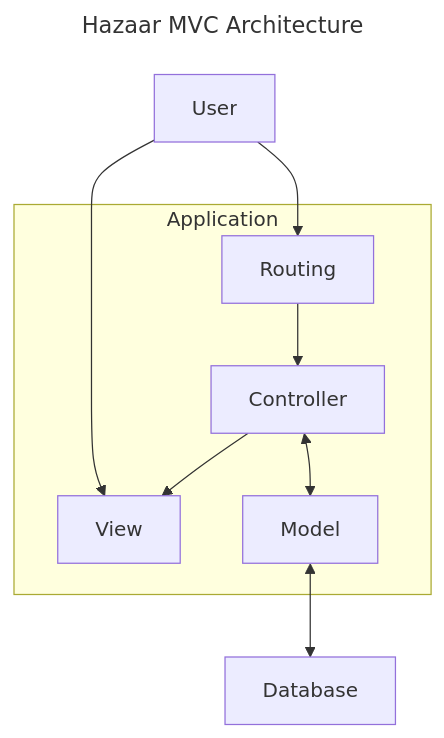
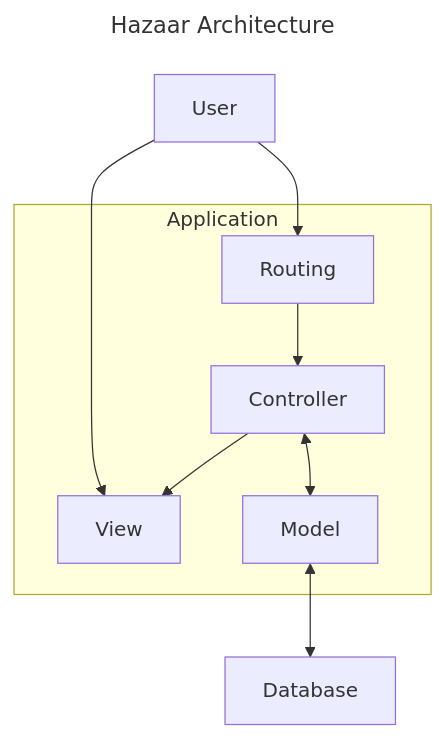
One commit to hazaarlabs/hazaar-mvc changed the diagram in docs/src/docs/concepts/what-is-mvc.md. Above: the diagram before and after it, drawn with Mermaid. The commit also changed other lines of this file and 41 other files, not shown here.

First line of the commit message:
MAJOR: renamed Hazaar MVC -> Hazaar

````diff
--- a/docs/src/docs/concepts/what-is-mvc.md
+++ b/docs/src/docs/concepts/what-is-mvc.md
@@ -51,14 +51,14 @@
 ```mermaid
 ---
-title: Hazaar MVC Architecture
+title: Hazaar Architecture
 ---
 flowchart TB
     User-->Routing
     User-->View
     subgraph Application
     Routing-->Controller
     Controller-->View
     Controller<-->Model
     end
     Model<-->Database
 ```
````
